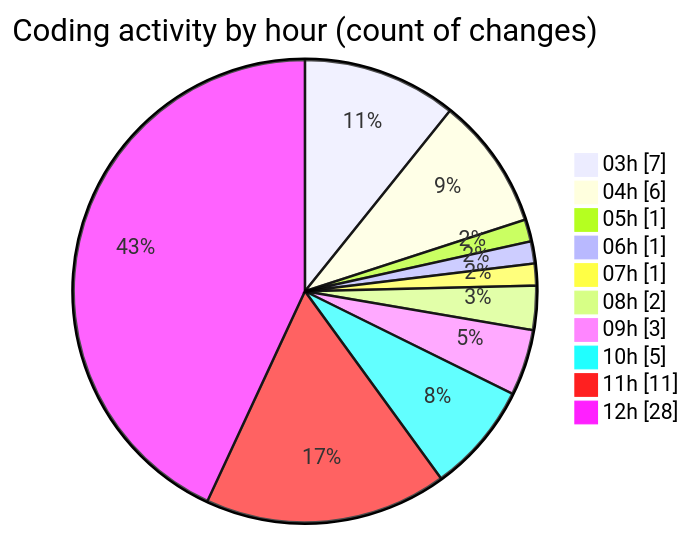
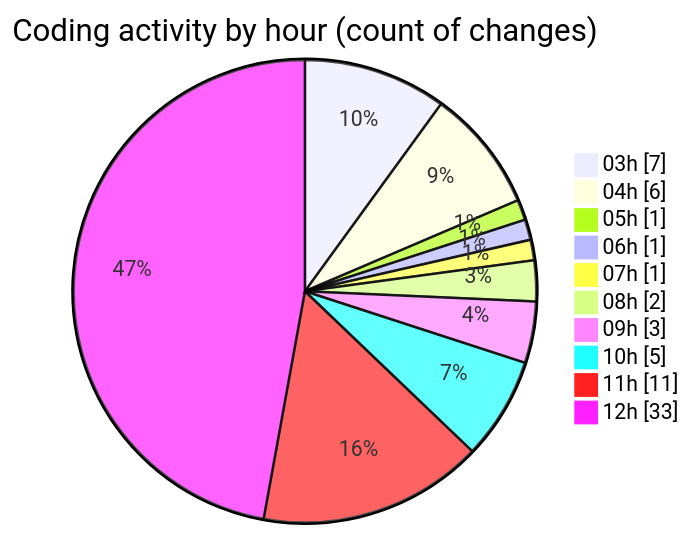
Before and after one commit to FelipKnott/code-tracking: the second of 2 diagrams in 2025-07-02/cursor/README.md, drawn with Mermaid. The commit also changed other lines of this file and 1 other file, not shown here.

````diff
--- a/2025-07-02/cursor/README.md
+++ b/2025-07-02/cursor/README.md
@@ -43,14 +47,14 @@
 ```mermaid
 pie showData
 title Coding activity by hour (count of changes)
 "03h" : 7
 "04h" : 6
 "05h" : 1
 "06h" : 1
 "07h" : 1
 "08h" : 2
 "09h" : 3
 "10h" : 5
 "11h" : 11
-"12h" : 28
+"12h" : 33
 ```
````
